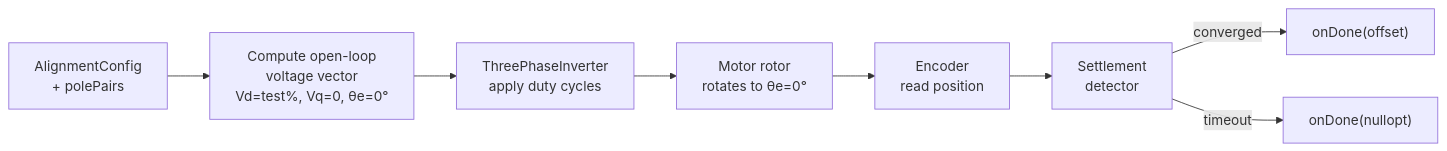
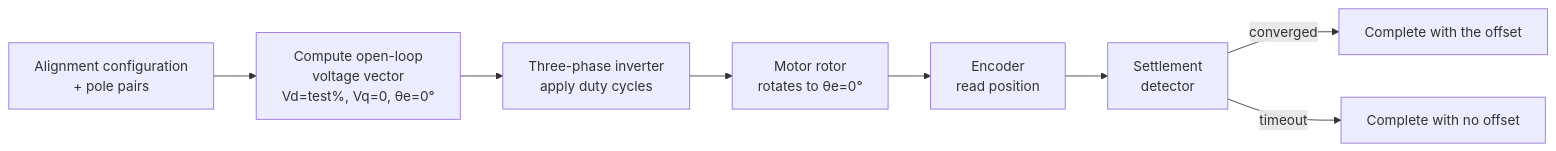
One commit to embedded-pro/e-foc changed the first of 2 diagrams in documentation/design/service-alignment.md. Above: the diagram before and after it, drawn with Mermaid. The commit also changed other lines of this file and 37 other files, not shown here.

````diff
--- a/documentation/design/service-alignment.md
+++ b/documentation/design/service-alignment.md
@@ -82,10 +82,10 @@
 ```mermaid
 flowchart LR
-    CFG["AlignmentConfig\n+ polePairs"] --> VOLT["Compute open-loop\nvoltage vector\nVd=test%, Vq=0, θe=0°"]
-    VOLT --> INV["ThreePhaseInverter\napply duty cycles"]
+    CFG["Alignment configuration\n+ pole pairs"] --> VOLT["Compute open-loop\nvoltage vector\nVd=test%, Vq=0, θe=0°"]
+    VOLT --> INV["Three-phase inverter\napply duty cycles"]
     INV --> MOTOR["Motor rotor\nrotates to θe=0°"]
     MOTOR --> ENC["Encoder\nread position"]
     ENC --> SETTLE["Settlement\ndetector"]
-    SETTLE -->|"converged"| CB["onDone(offset)"]
-    SETTLE -->|"timeout"| FAIL["onDone(nullopt)"]
+    SETTLE -->|"converged"| CB["Complete with the offset"]
+    SETTLE -->|"timeout"| FAIL["Complete with no offset"]
 ```
````
